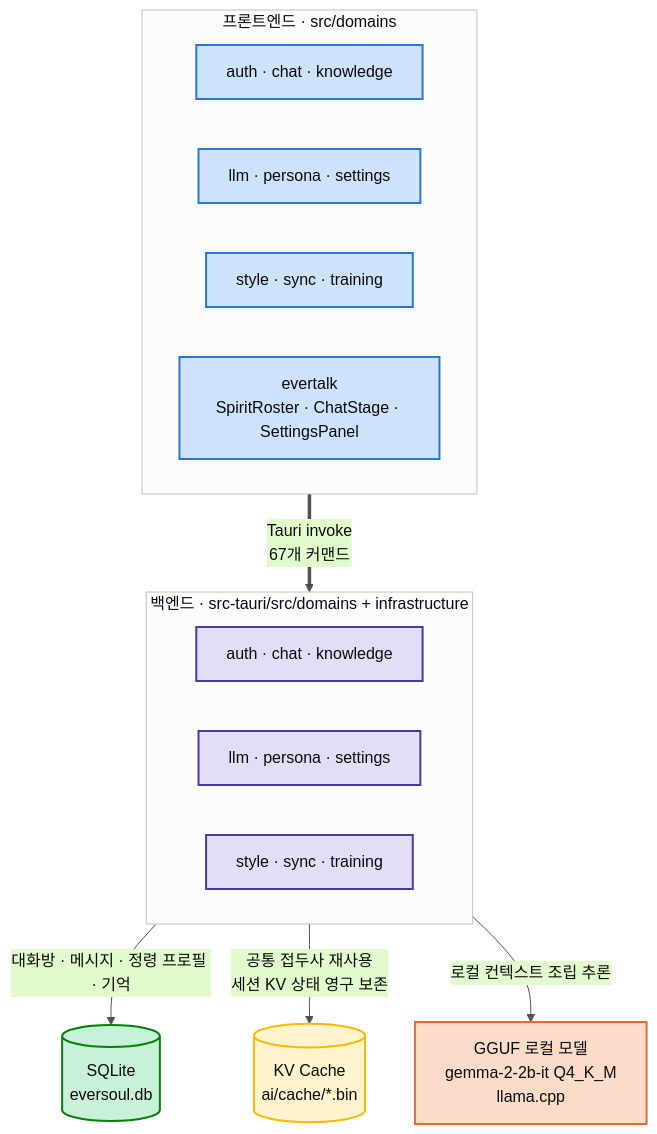
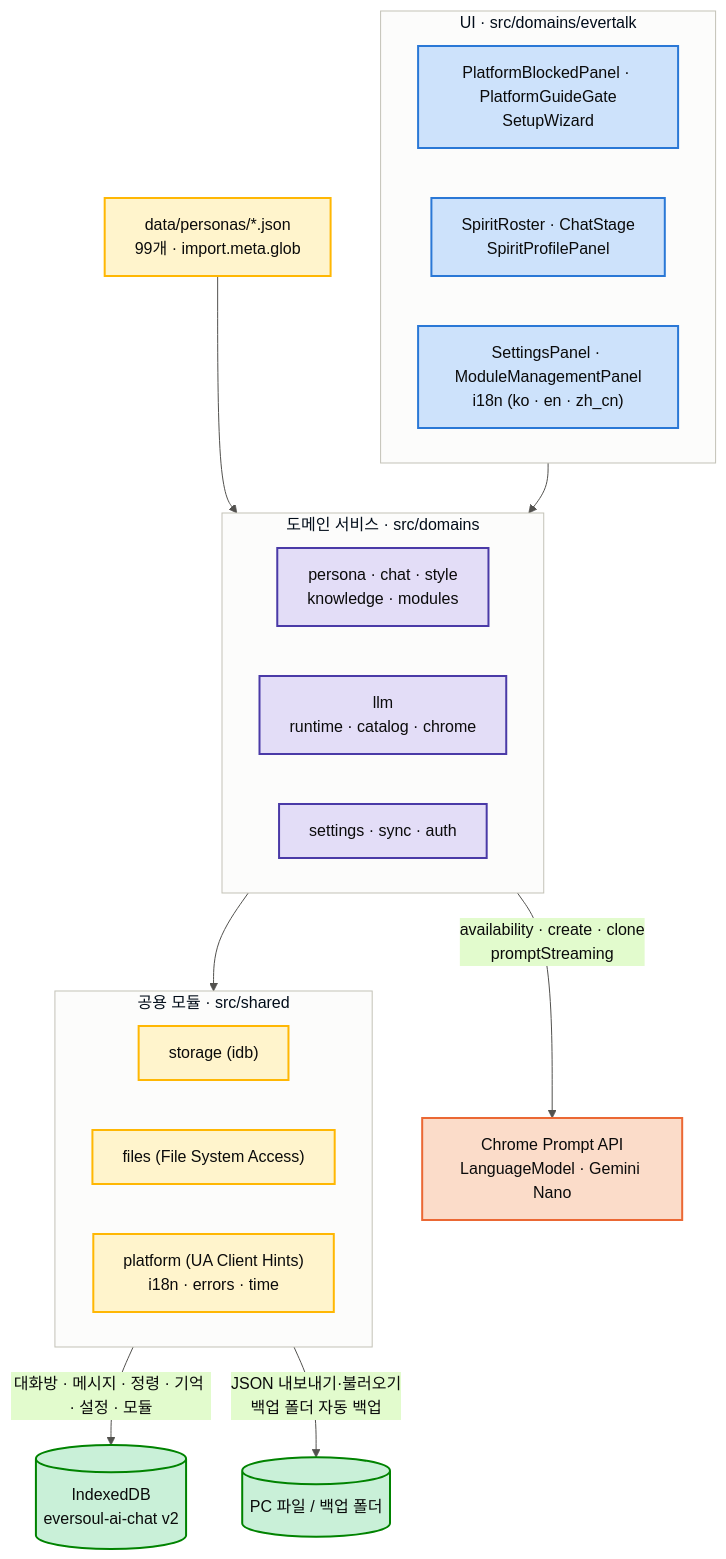
The diagram in README.md (GarnetRapture/evai), drawn with Mermaid before and after one commit. The commit also changed other lines of this file and 36 other files, not shown here.

````diff
--- a/README.md
+++ b/README.md
@@ -222,36 +235,43 @@
 ```mermaid
 %%{init: {'theme': 'base', 'themeVariables': {'primaryColor': '#cde2fb', 'primaryBorderColor': '#2a78d6', 'primaryTextColor': '#0b0b0b', 'lineColor': '#52514e', 'clusterBkg': '#fcfcfb', 'clusterBorder': '#c3c2b7', 'fontFamily': 'system-ui, -apple-system, Segoe UI, sans-serif'}}}%%
 flowchart TB
-    subgraph FE["프론트엔드 · src/domains"]
+    subgraph UI["UI · src/domains/evertalk"]
         direction LR
-        FE1["auth · chat · knowledge"]
-        FE2["llm · persona · settings"]
-        FE3["style · sync · training"]
-        FE4["evertalk<br/>SpiritRoster · ChatStage · SettingsPanel"]
+        UI1["PlatformBlockedPanel · PlatformGuideGate<br/>SetupWizard"]
+        UI2["SpiritRoster · ChatStage<br/>SpiritProfilePanel"]
+        UI3["SettingsPanel · ModuleManagementPanel<br/>i18n (ko · en · zh_cn)"]
     end
 
-    FE == "Tauri invoke<br/>67개 커맨드" ==> BE
-
-    subgraph BE["백엔드 · src-tauri/src/domains + infrastructure"]
+    subgraph DOMAIN["도메인 서비스 · src/domains"]
         direction LR
-        BE1["auth · chat · knowledge"]
-        BE2["llm · persona · settings"]
-        BE3["style · sync · training"]
+        D1["persona · chat · style<br/>knowledge · modules"]
+        D2["llm<br/>runtime · catalog · chrome"]
+        D3["settings · sync · auth"]
     end
 
-    BE -- "대화방 · 메시지 · 정령 프로필 · 기억" --> DB[("SQLite<br/>eversoul.db")]
-    BE -- "공통 접두사 재사용<br/>세션 KV 상태 영구 보존" --> CACHE[("KV Cache<br/>ai/cache/*.bin")]
-    BE -- "로컬 컨텍스트 조립 추론" --> LLM["GGUF 로컬 모델<br/>gemma-2-2b-it Q4_K_M<br/>llama.cpp"]
+    subgraph SHARED["공용 모듈 · src/shared"]
+        direction LR
+        S1["storage (idb)"]
+        S2["files (File System Access)"]
+        S3["platform (UA Client Hints)<br/>i18n · errors · time"]
+    end
 
-    classDef feStyle fill:#cde2fb,stroke:#2a78d6,stroke-width:2px,color:#0b0b0b
-    classDef beStyle fill:#e3ddf7,stroke:#4a3aa7,stroke-width:2px,color:#0b0b0b
+    UI --> DOMAIN
+    DOMAIN --> SHARED
+    PACK["data/personas/*.json<br/>99개 · import.meta.glob"] --> D1
+    S1 -- "대화방 · 메시지 · 정령 · 기억 · 설정 · 모듈" --> DB[("IndexedDB<br/>eversoul-ai-chat v2")]
+    S2 -- "JSON 내보내기·불러오기<br/>백업 폴더 자동 백업" --> PC[("PC 파일 / 백업 폴더")]
+    D2 -- "availability · create · clone<br/>promptStreaming" --> LLM["Chrome Prompt API<br/>LanguageModel · Gemini Nano"]
+
+    classDef uiStyle fill:#cde2fb,stroke:#2a78d6,stroke-width:2px,color:#0b0b0b
+    classDef domainStyle fill:#e3ddf7,stroke:#4a3aa7,stroke-width:2px,color:#0b0b0b
+    classDef sharedStyle fill:#fff4cc,stroke:#ffb703,stroke-width:2px,color:#0b0b0b
     classDef dbStyle fill:#c9f0d8,stroke:#008300,stroke-width:2px,color:#0b0b0b
     classDef llmStyle fill:#fbdcc9,stroke:#eb6834,stroke-width:2px,color:#0b0b0b
-    classDef cacheStyle fill:#fff4cc,stroke:#ffb703,stroke-width:2px,color:#0b0b0b
 
-    class FE1,FE2,FE3,FE4 feStyle
-    class BE1,BE2,BE3 beStyle
-    class DB dbStyle
+    class UI1,UI2,UI3 uiStyle
+    class D1,D2,D3 domainStyle
+    class S1,S2,S3,PACK sharedStyle
+    class DB,PC dbStyle
     class LLM llmStyle
-    class CACHE cacheStyle
 ```
````
